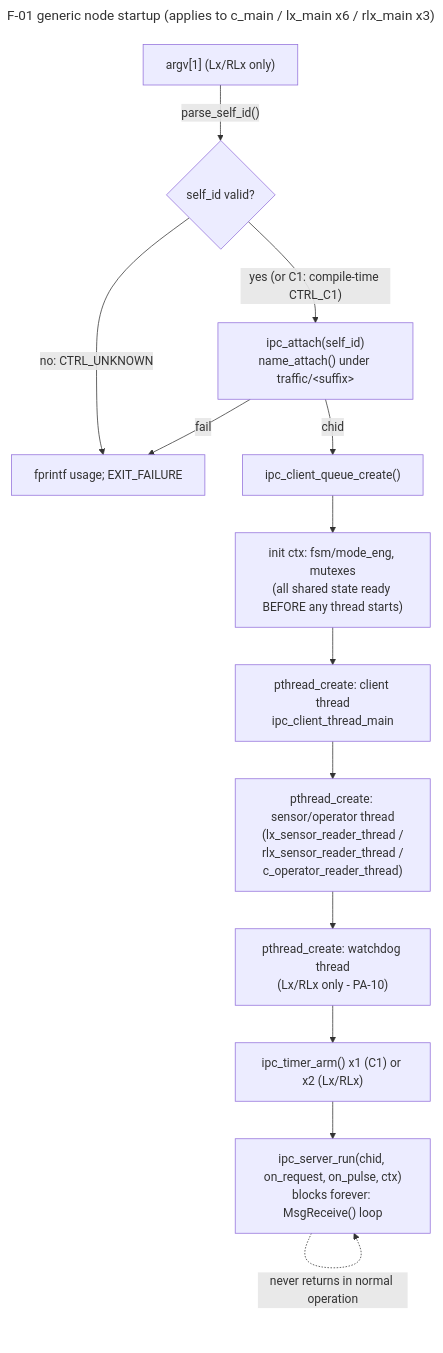
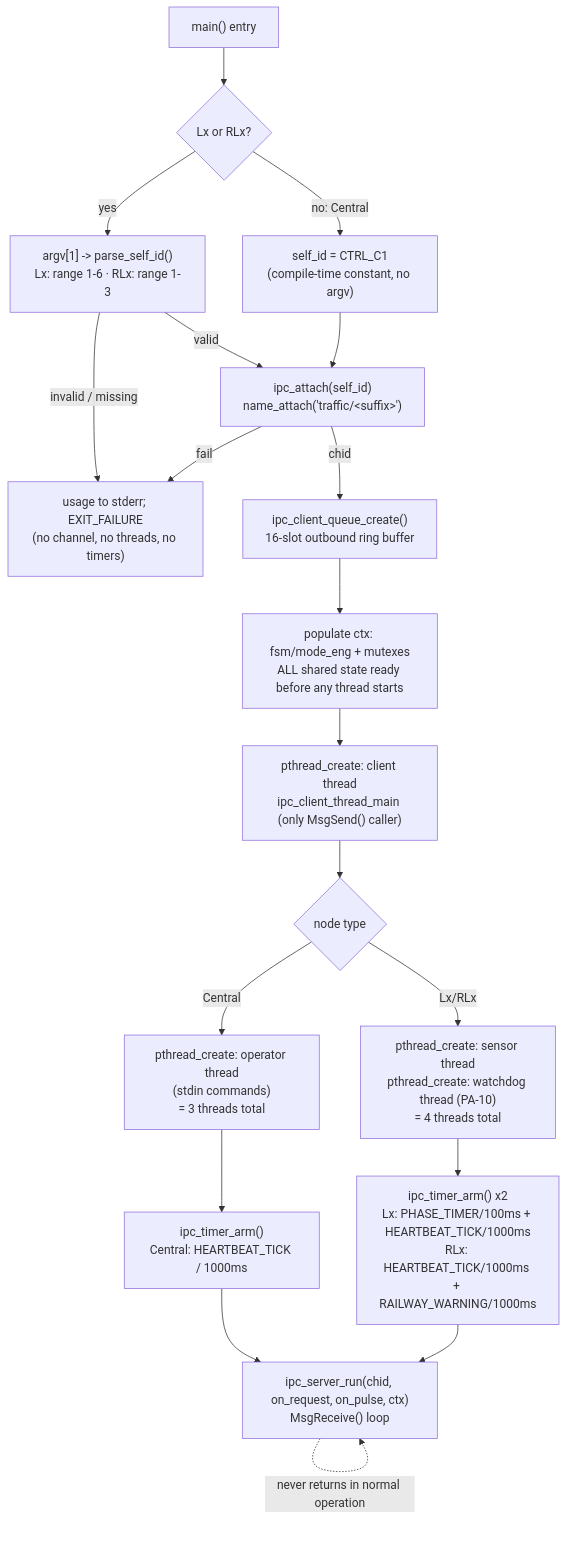
The diagram in docs/flow-diagrams/F-01-node-startup-and-self-identification.md (lucietran03/traffic-control-system), drawn with Mermaid before and after one commit. The commit also changed other lines of this file and 22 other files, not shown here.

First line of the commit message:
Restyle flow-diagram docs: diagram-first, minimal prose

````diff
--- a/docs/flow-diagrams/F-01-node-startup-and-self-identification.md
+++ b/docs/flow-diagrams/F-01-node-startup-and-self-identification.md
@@ -247,18 +7,21 @@
 ```mermaid
----
-title: F-01 generic node startup (applies to c_main / lx_main x6 / rlx_main x3)
----
 flowchart TD
-    A["argv[1] (Lx/RLx only)"] -->|"parse_self_id()"| B{"self_id valid?"}
-    B -->|"no: CTRL_UNKNOWN"| Z["fprintf usage; EXIT_FAILURE"]
-    B -->|"yes (or C1: compile-time CTRL_C1)"| C["ipc_attach(self_id)<br/>name_attach() under traffic/&lt;suffix&gt;"]
-    C -->|"fail"| Z
-    C -->|"chid"| D["ipc_client_queue_create()"]
-    D --> E["init ctx: fsm/mode_eng, mutexes<br/>(all shared state ready BEFORE any thread starts)"]
-    E --> F["pthread_create: client thread<br/>ipc_client_thread_main"]
-    F --> G["pthread_create: sensor/operator thread<br/>(lx_sensor_reader_thread /<br/>rlx_sensor_reader_thread /<br/>c_operator_reader_thread)"]
-    G --> H["pthread_create: watchdog thread<br/>(Lx/RLx only - PA-10)"]
-    H --> I["ipc_timer_arm() x1 (C1) or x2 (Lx/RLx)"]
-    I --> J["ipc_server_run(chid, on_request, on_pulse, ctx)<br/>blocks forever: MsgReceive() loop"]
-    J -.->|"never returns in normal operation"| J
+    A["main() entry"] --> B{"Lx or RLx?"}
+    B -->|"yes"| C["argv[1] -> parse_self_id()<br/>Lx: range 1-6 · RLx: range 1-3"]
+    C -->|"invalid / missing"| Z["usage to stderr; EXIT_FAILURE<br/>(no channel, no threads, no timers)"]
+    B -->|"no: Central"| D["self_id = CTRL_C1<br/>(compile-time constant, no argv)"]
+    C -->|"valid"| E
+    D --> E["ipc_attach(self_id)<br/>name_attach('traffic/&lt;suffix&gt;')"]
+    E -->|"fail"| Z
+    E -->|"chid"| F["ipc_client_queue_create()<br/>16-slot outbound ring buffer"]
+    F --> G["populate ctx: fsm/mode_eng + mutexes<br/>ALL shared state ready before any thread starts"]
+    G --> H["pthread_create: client thread<br/>ipc_client_thread_main (only MsgSend() caller)"]
+    H --> I{"node type"}
+    I -->|"Central"| J["pthread_create: operator thread<br/>(stdin commands)<br/>= 3 threads total"]
+    I -->|"Lx/RLx"| K["pthread_create: sensor thread<br/>pthread_create: watchdog thread (PA-10)<br/>= 4 threads total"]
+    J --> L["ipc_timer_arm()<br/>Central: HEARTBEAT_TICK / 1000ms"]
+    K --> M["ipc_timer_arm() x2<br/>Lx: PHASE_TIMER/100ms + HEARTBEAT_TICK/1000ms<br/>RLx: HEARTBEAT_TICK/1000ms + RAILWAY_WARNING/1000ms"]
+    L --> N["ipc_server_run(chid, on_request, on_pulse, ctx)<br/>MsgReceive() loop"]
+    M --> N
+    N -.->|"never returns in normal operation"| N
 ```
````
